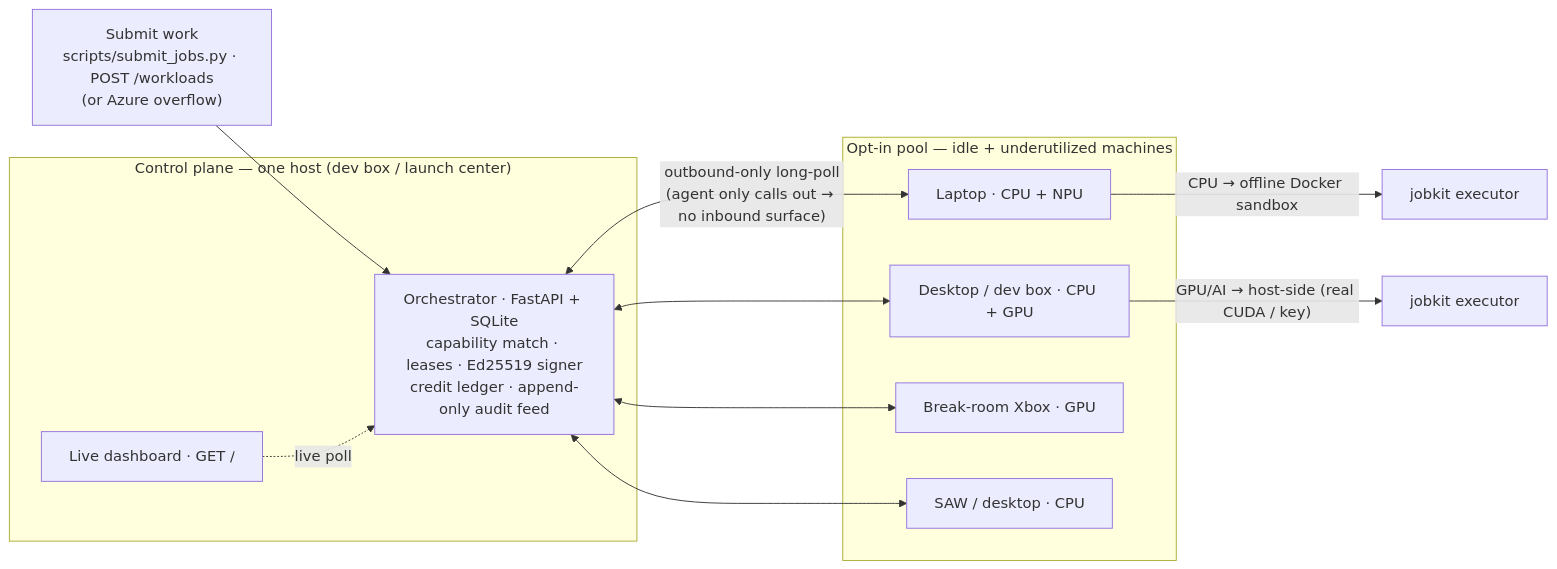
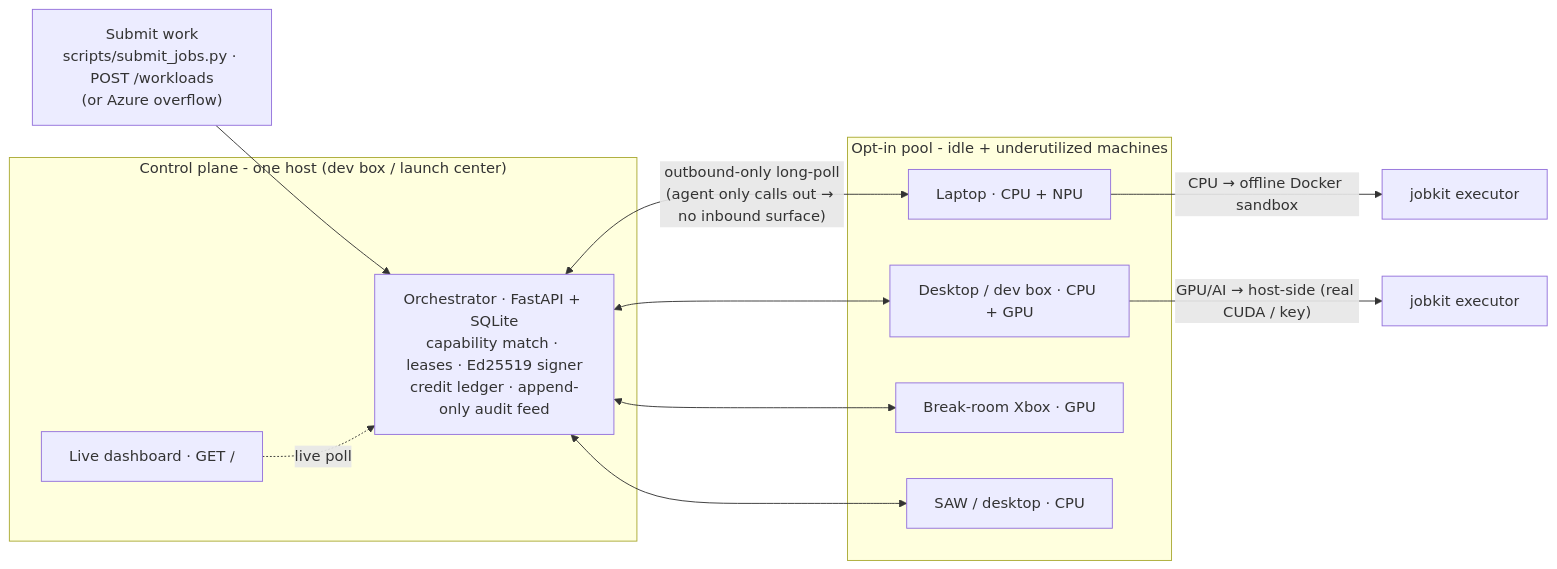
Before and after one commit to Aditya-Katkuri/OneCompute: the first of 3 diagrams in README.md, drawn with Mermaid. The commit also changed other lines of this file and 34 other files, not shown here.

````diff
--- a/README.md
+++ b/README.md
@@ -33,25 +33,25 @@
 ```mermaid
 flowchart LR
     S["Submit work<br/>scripts/submit_jobs.py · POST /workloads<br/>(or Azure overflow)"]
 
-    subgraph Control["Control plane — one host (dev box / launch center)"]
+    subgraph Control["Control plane - one host (dev box / launch center)"]
         O["Orchestrator · FastAPI + SQLite<br/>capability match · leases · Ed25519 signer<br/>credit ledger · append-only audit feed"]
         D["Live dashboard · GET /"]
     end
 
-    subgraph Pool["Opt-in pool — idle + underutilized machines"]
+    subgraph Pool["Opt-in pool - idle + underutilized machines"]
         W1["Laptop · CPU + NPU"]
         W2["Desktop / dev box · CPU + GPU"]
         W3["Break-room Xbox · GPU"]
         W4["SAW / desktop · CPU"]
     end
 
     S --> O
     O <-->|"outbound-only long-poll<br/>(agent only calls out → no inbound surface)"| W1
     O <--> W2
     O <--> W3
     O <--> W4
     D -.live poll.-> O
     W1 -->|"CPU → offline Docker sandbox"| J1["jobkit executor"]
     W2 -->|"GPU/AI → host-side (real CUDA / key)"| J2["jobkit executor"]
 ```
````
